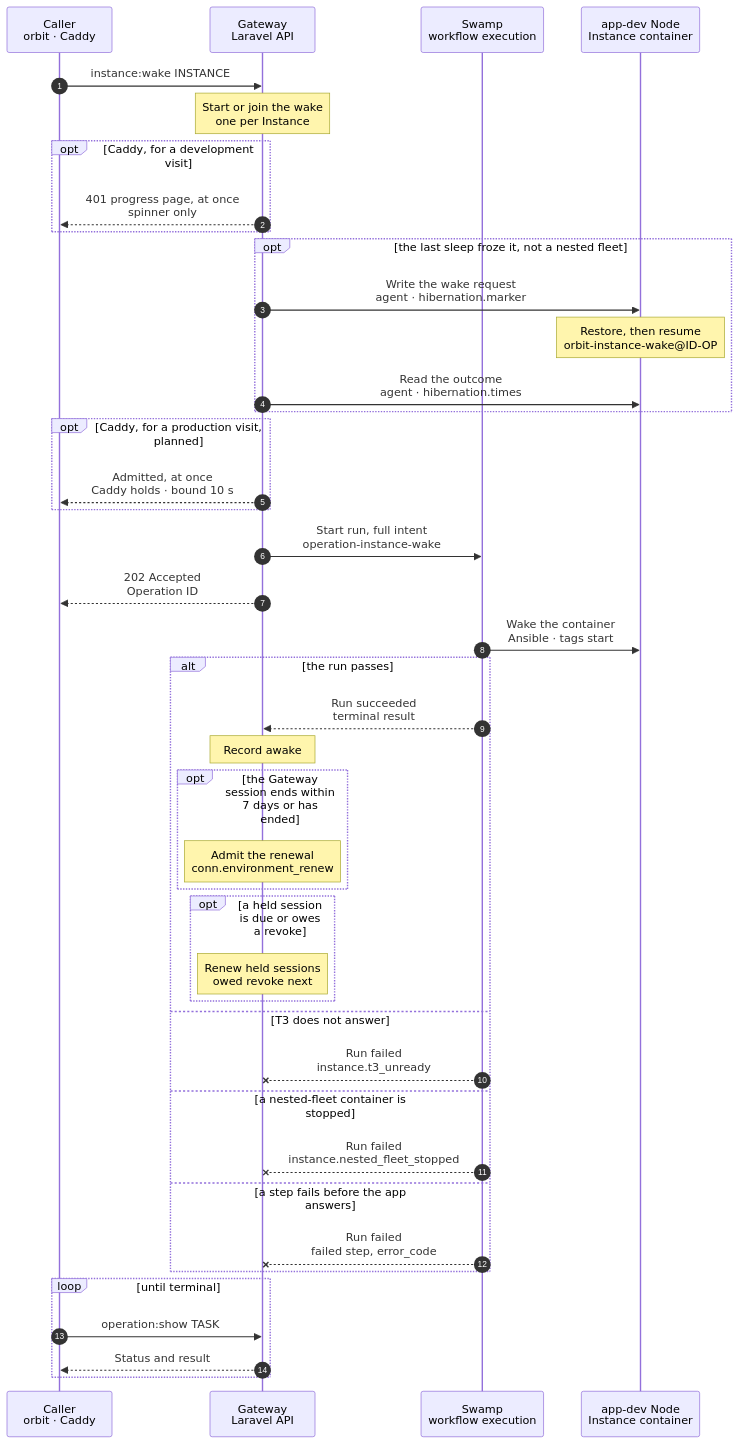
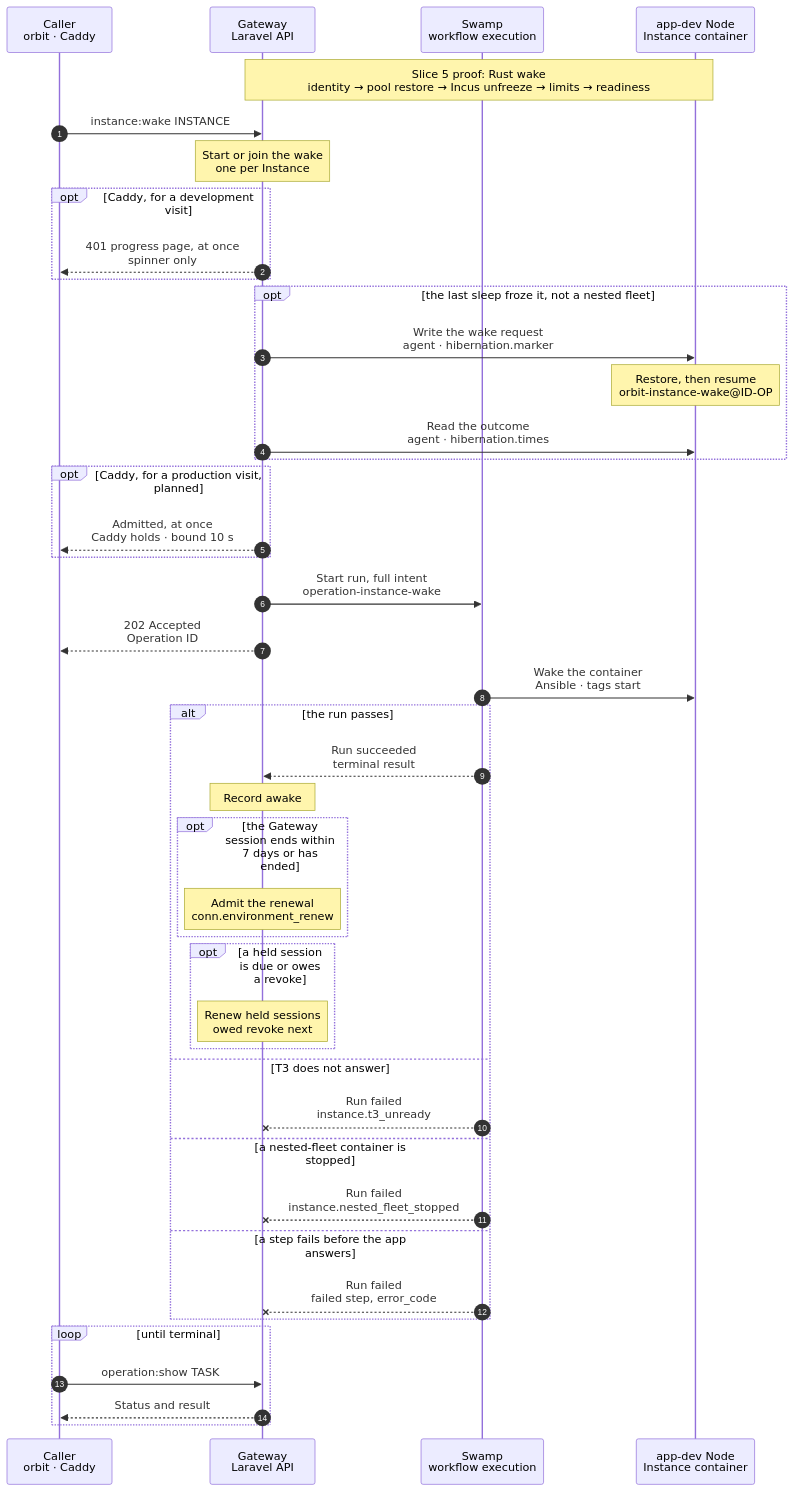
The diagram in docs/cli/instance/wake.mmd (hardimpactdev/orbit), drawn with Mermaid before and after one commit. The commit also changed 4 other files, not shown here.

Commit message:
Document the Rust wake: wake chart, executor, prepared restore, ADR 0266 status

```diff
--- a/docs/cli/instance/wake.mmd
+++ b/docs/cli/instance/wake.mmd
@@ -3,6 +3,7 @@
   %% status: draft
   %% command: instance:wake
   %% kind: instance.wake
+  %% ADR 0266 slice 5: the proof-only executor.power_proof Operation signs wake; production instance.wake stays below until slices 6-8.
   autonumber
   %% lane CL icon=terminal pill=caller tone=gray
   %% lane GW icon=gateway pill=intent tone=blue
@@ -12,6 +13,15 @@
   participant GW as Gateway<br/>Laravel API
   participant SW as Swamp<br/>workflow execution
   participant N as app-dev Node<br/>Instance container
+  Note over GW,N: Slice 5 proof: Rust wake<br/>identity → pool restore → Incus unfreeze → limits → readiness
+  %%> Executor proof path:
+  %%> - a durable executor.power_proof Operation signs `wake`; the observer only relays bytes; the reply is `accepted`, then one result line
+  %%> - before any memory syscall: boot id, cgroup inode and Incus incarnation against the plan, then each process's start time through a pidfd; any mismatch drops the plan and the wake goes on without a restore (`partial`, `instance.restore_plan_stale`)
+  %%> - restore through the Node's one restore pool (`/etc/orbit/executor/restore-threads`, 32, floor 16), one target's items fully before the next: `process_madvise(MADV_WILLNEED)` then `process_vm_readv` of each recorded page that is not resident, within 2 s; a cut restore reports `partial`, `instance.restore_deadline`
+  %%> - unfreeze through the Incus local API with its 5 s bounds, then wait up to 5 s for the kernel thaw; a kernel freeze that stays, or one Incus lost before the wake, fails `instance.container_frozen_unmanaged` with no cgroup write
+  %%> - close exactly the recorded swap limits, with no disk sync; one readiness request to the web port until an answer below 500, within 1.5 s, else `instance.web_unready` and the marker stays; then remove the asleep marker
+  %%> - a stopped container fails `instance.container_stopped` and drops its plan: a boot is the run's work; a running one gets only the steps after the unfreeze (`done`), so crash recovery and a repeat are safe
+  %%> - no production flow switches in this slice: slice 6 has the Gateway call it, slice 7 Swamp and the relay
   CL->>GW: instance:wake INSTANCE
   %%> Command:
   %%> - `orbit instance:wake INSTANCE`
```
